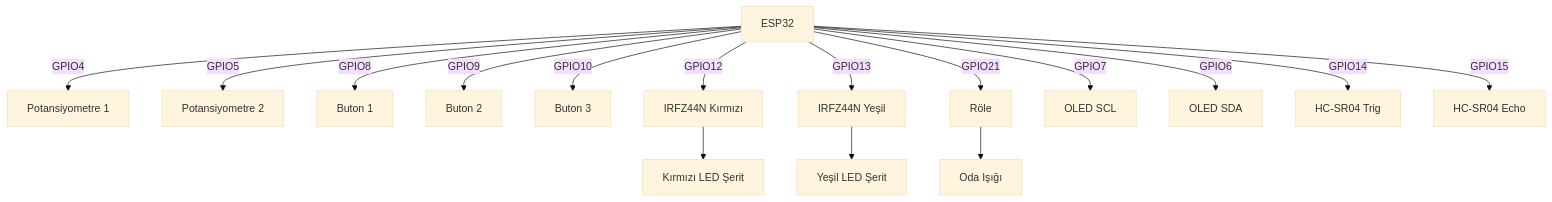
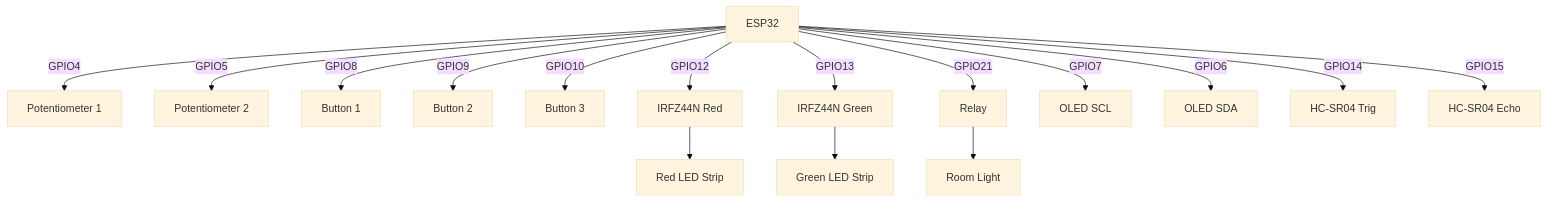
Before and after one commit to hamzadenizyilmaz/RGB-Control-System-with-ESP32-C6: the first of 4 diagrams in README.md, drawn with Mermaid (base theme). The commit also changed other lines of this file, not shown here.

````diff
--- a/README.md
+++ b/README.md
@@ -28,18 +28,18 @@
 ```mermaid
 graph TD;
-    ESP32-->|GPIO4|POT1[Potansiyometre 1];
-    ESP32-->|GPIO5|POT2[Potansiyometre 2];
-    ESP32-->|GPIO8|BTN1[Buton 1];
-    ESP32-->|GPIO9|BTN2[Buton 2];
-    ESP32-->|GPIO10|BTN3[Buton 3];
-    ESP32-->|GPIO12|MOSFET1[IRFZ44N Kırmızı];
-    ESP32-->|GPIO13|MOSFET2[IRFZ44N Yeşil];
-    ESP32-->|GPIO21|RELAY1[Röle];
+    ESP32-->|GPIO4|POT1[Potentiometer 1];
+    ESP32-->|GPIO5|POT2[Potentiometer 2];
+    ESP32-->|GPIO8|BTN1[Button 1];
+    ESP32-->|GPIO9|BTN2[Button 2];
+    ESP32-->|GPIO10|BTN3[Button 3];
+    ESP32-->|GPIO12|MOSFET1[IRFZ44N Red];
+    ESP32-->|GPIO13|MOSFET2[IRFZ44N Green];
+    ESP32-->|GPIO21|RELAY1[Relay];
     ESP32-->|GPIO7|OLED_SCL[OLED SCL];
     ESP32-->|GPIO6|OLED_SDA[OLED SDA];
     ESP32-->|GPIO14|TRIG[HC-SR04 Trig];
     ESP32-->|GPIO15|ECHO[HC-SR04 Echo];
-    MOSFET1-->LED1[Kırmızı LED Şerit];
-    MOSFET2-->LED2[Yeşil LED Şerit];
-    RELAY1-->LIGHT[Oda Işığı];
+    MOSFET1-->LED1[Red LED Strip];
+    MOSFET2-->LED2[Green LED Strip];
+    RELAY1-->LIGHT[Room Light];
 ```
````
